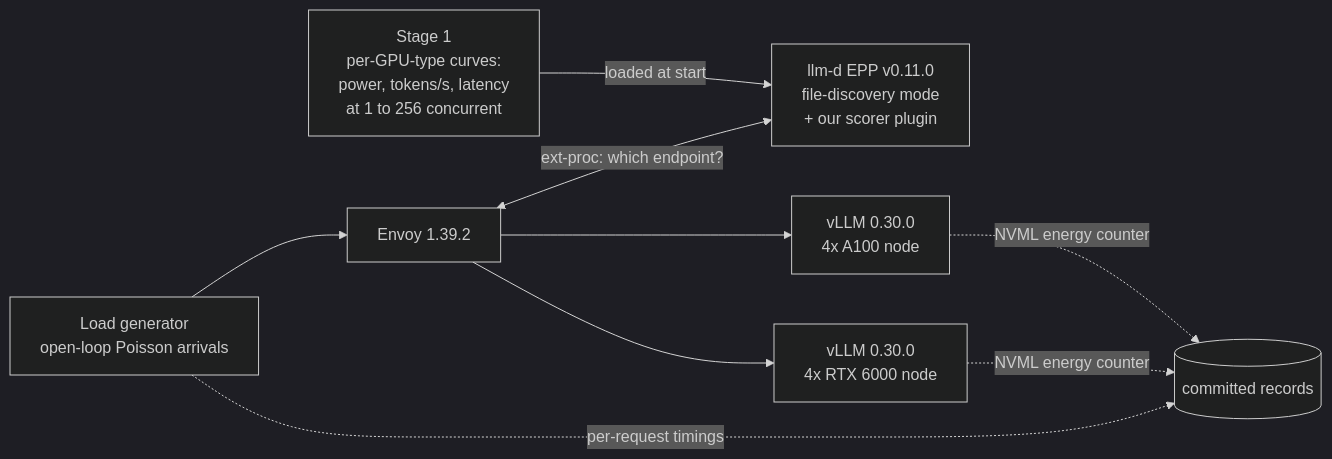
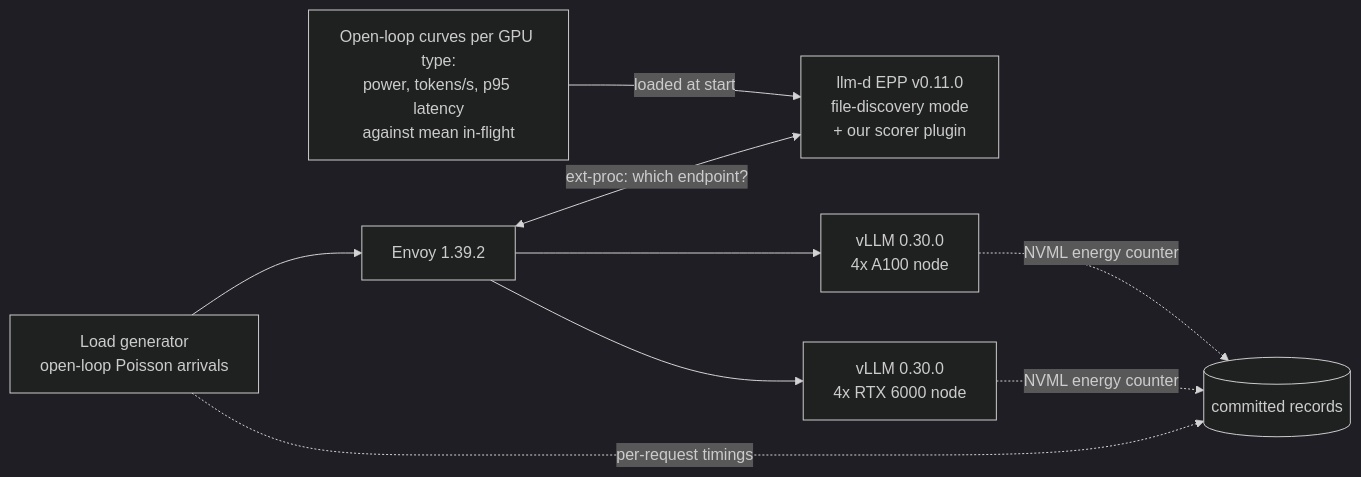
Before and after one commit to johnnietse/llm-d-epp-Energy-Aware-Endpoint-Picker-Plugin-: the diagram in README.md, drawn with Mermaid (dark theme). The commit also changed other lines of this file, not shown here.

First line of the commit message:
README: embed the measured figures and design diagrams; bring finding 2 up to date

````diff
--- a/README.md
+++ b/README.md
@@ -133,11 +181,11 @@
 ```mermaid
 flowchart LR
-  C1["Stage 1<br/>per-GPU-type curves:<br/>power, tokens/s, latency<br/>at 1 to 256 concurrent"] -->|loaded at start| P
+  C1["Open-loop curves per GPU type:<br/>power, tokens/s, p95 latency<br/>against mean in-flight"] -->|loaded at start| P
   G["Load generator<br/>open-loop Poisson arrivals"] --> E["Envoy 1.39.2"]
   E <-->|"ext-proc: which endpoint?"| P["llm-d EPP v0.11.0<br/>file-discovery mode<br/>+ our scorer plugin"]
   E --> A["vLLM 0.30.0<br/>4x A100 node"]
   E --> R["vLLM 0.30.0<br/>4x RTX 6000 node"]
   A -. NVML energy counter .-> M[("committed records")]
   R -. NVML energy counter .-> M
   G -. per-request timings .-> M
 ```
````
